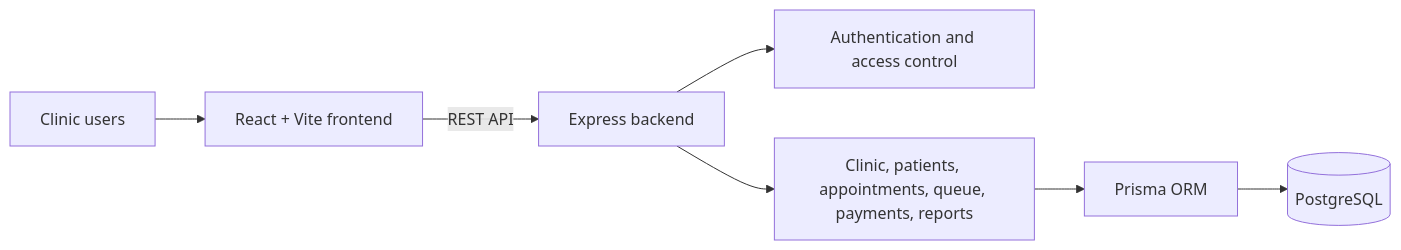
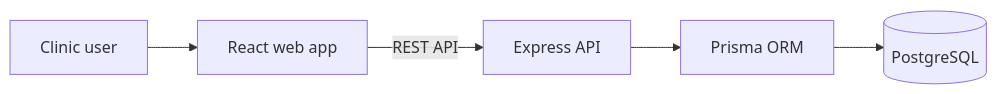
One commit to zenebumelaku/clinicFlow changed the diagram in README.md. Above: the diagram before and after it, drawn with Mermaid. The commit also changed other lines of this file and 8 other files, not shown here.

````diff
--- a/README.md
+++ b/README.md
@@ -62,9 +59,7 @@
 ```mermaid
 flowchart LR
-    U[Clinic users] --> FE[React + Vite frontend]
-    FE -->|REST API| API[Express backend]
-    API --> AUTH[Authentication and access control]
-    API --> DOMAIN[Clinic, patients, appointments, queue, payments, reports]
-    DOMAIN --> ORM[Prisma ORM]
-    ORM --> DB[(PostgreSQL)]
+    User[Clinic user] --> Web[React web app]
+    Web -->|REST API| API[Express API]
+    API --> Prisma[Prisma ORM]
+    Prisma --> DB[(PostgreSQL)]
 ```
````
